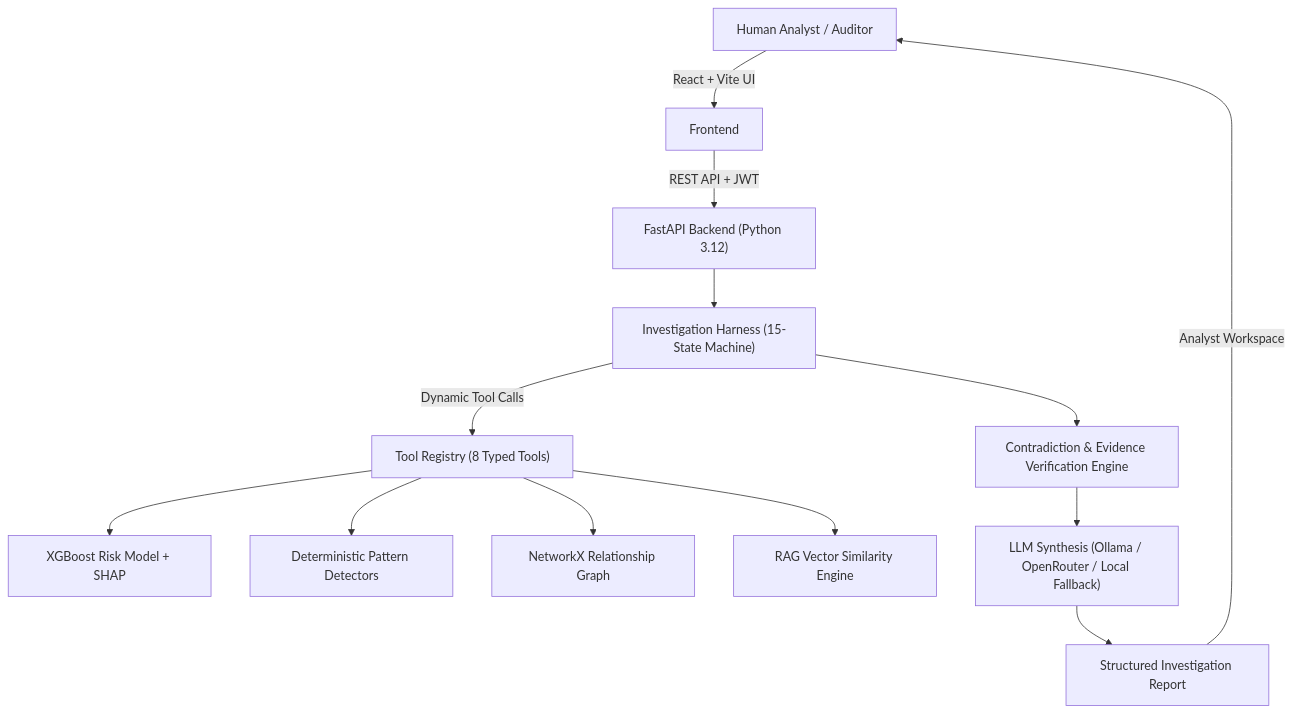
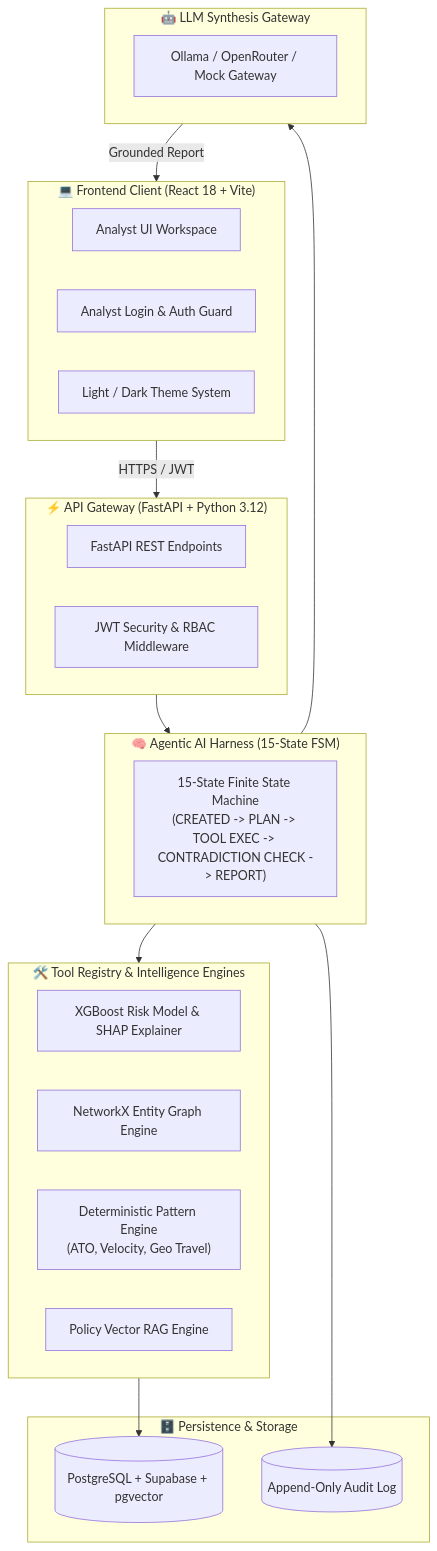
The diagram in README.md (Vignesh7778/Fraud_Pattern_Investigator_Project), drawn with Mermaid before and after one commit. The commit also changed other lines of this file, not shown here.

````diff
--- a/README.md
+++ b/README.md
@@ -25,18 +25,41 @@
 ```mermaid
-graph TD
-    User["Human Analyst / Auditor"] -->|React + Vite UI| Frontend
-    Frontend -->|REST API + JWT| FastAPI["FastAPI Backend (Python 3.12)"]
-    FastAPI --> Harness["Investigation Harness (15-State Machine)"]
-    
-    Harness -->|Dynamic Tool Calls| ToolRegistry["Tool Registry (8 Typed Tools)"]
-    ToolRegistry --> MLService["XGBoost Risk Model + SHAP"]
-    ToolRegistry --> PatternEngine["Deterministic Pattern Detectors"]
-    ToolRegistry --> GraphEngine["NetworkX Relationship Graph"]
-    ToolRegistry --> RAGEngine["RAG Vector Similarity Engine"]
-    
-    Harness --> VerificationEngine["Contradiction & Evidence Verification Engine"]
-    VerificationEngine --> LLMProvider["LLM Synthesis (Ollama / OpenRouter / Local Fallback)"]
-    LLMProvider --> GroundedReport["Structured Investigation Report"]
-    
-    GroundedReport -->|Analyst Workspace| User
+flowchart TD
+    subgraph Client["💻 Frontend Client (React 18 + Vite)"]
+        UI["Analyst UI Workspace"]
+        AuthGuard["Analyst Login & Auth Guard"]
+        ThemeEngine["Light / Dark Theme System"]
+    end
+
+    subgraph Gateway["⚡ API Gateway (FastAPI + Python 3.12)"]
+        API["FastAPI REST Endpoints"]
+        JWT["JWT Security & RBAC Middleware"]
+    end
+
+    subgraph Harness["🧠 Agentic AI Harness (15-State FSM)"]
+        FSM["15-State Finite State Machine\n(CREATED -> PLAN -> TOOL EXEC -> CONTRADICTION CHECK -> REPORT)"]
+    end
+
+    subgraph Engines["🛠️ Tool Registry & Intelligence Engines"]
+        ML["XGBoost Risk Model & SHAP Explainer"]
+        Graph["NetworkX Entity Graph Engine"]
+        Pattern["Deterministic Pattern Engine\n(ATO, Velocity, Geo Travel)"]
+        RAG["Policy Vector RAG Engine"]
+    end
+
+    subgraph Data["🗄️ Persistence & Storage"]
+        DB[(PostgreSQL + Supabase + pgvector)]
+        AuditLog[("Append-Only Audit Log")]
+    end
+
+    subgraph LLM["🤖 LLM Synthesis Gateway"]
+        Ollama["Ollama / OpenRouter / Mock Gateway"]
+    end
+
+    Client -->|HTTPS / JWT| Gateway
+    Gateway --> Harness
+    Harness --> Engines
+    Engines --> DB
+    Harness --> AuditLog
+    Harness --> LLM
+    LLM -->|Grounded Report| Client
 ```
````
